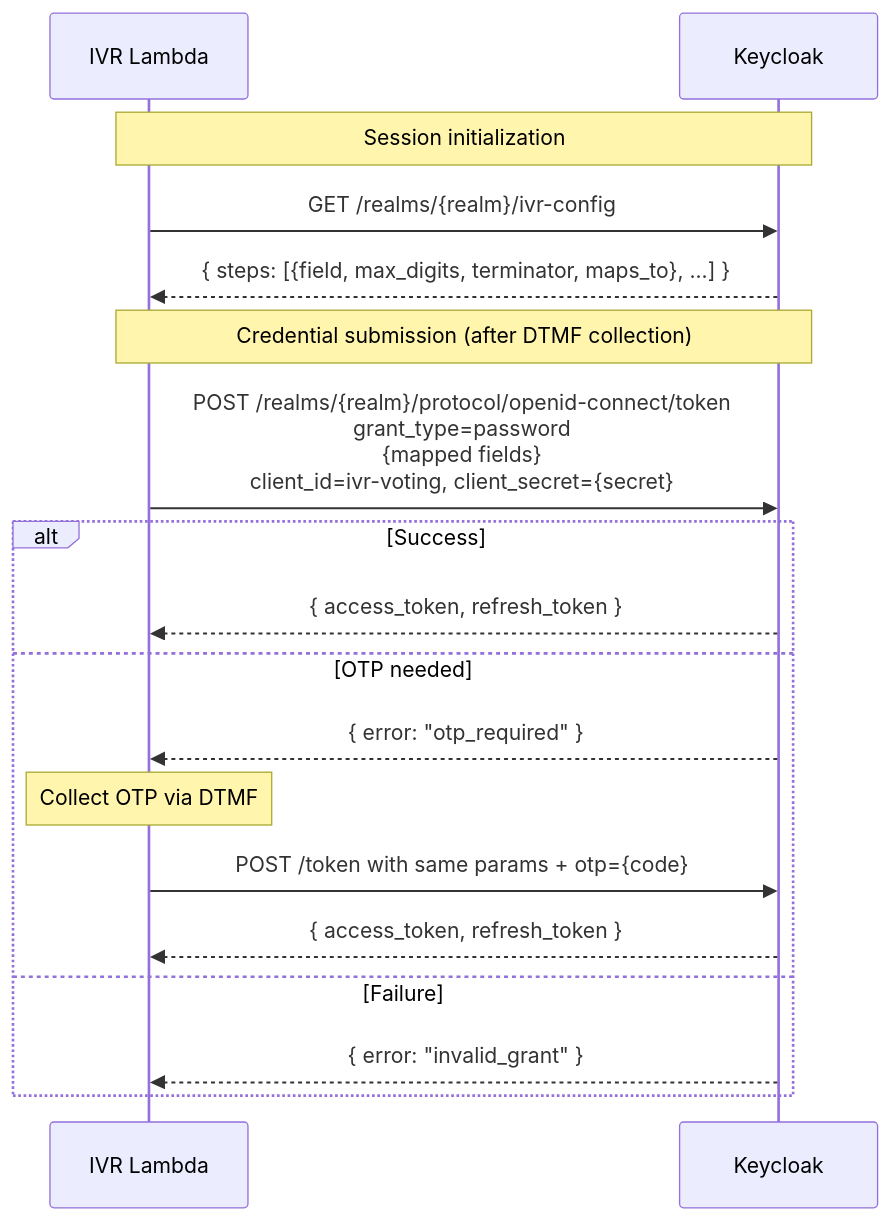
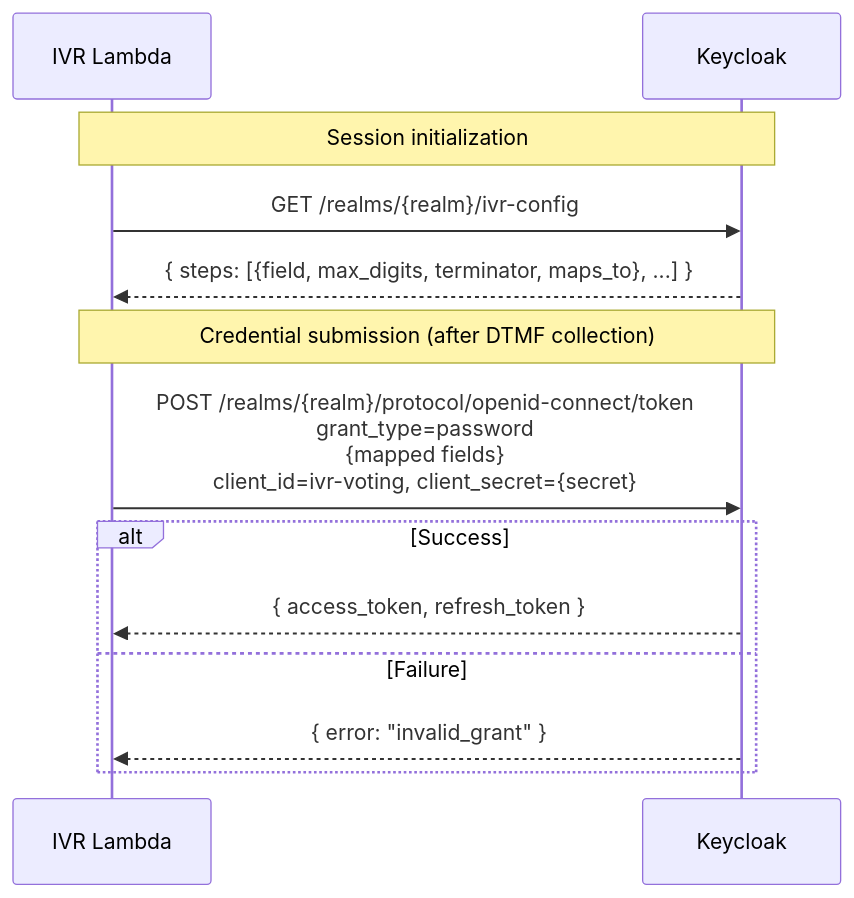
The seventh of 13 diagrams in docs/docusaurus/docs/07-developers/12-ivr/ivr-system-design.md (sequentech/step), drawn with Mermaid before and after one commit. The commit also changed other lines of this file, not shown here.

````diff
--- a/docs/docusaurus/docs/07-developers/12-ivr/ivr-system-design.md
+++ b/docs/docusaurus/docs/07-developers/12-ivr/ivr-system-design.md
@@ -1126,22 +819,17 @@
 ```mermaid
 sequenceDiagram
     participant Lambda as IVR Lambda
     participant KC as Keycloak
 
     Note over Lambda,KC: Session initialization
     Lambda->>KC: GET /realms/{realm}/ivr-config
     KC-->>Lambda: { steps: [{field, max_digits, terminator, maps_to}, ...] }
 
     Note over Lambda,KC: Credential submission (after DTMF collection)
     Lambda->>KC: POST /realms/{realm}/protocol/openid-connect/token<br/>grant_type=password<br/>{mapped fields}<br/>client_id=ivr-voting, client_secret={secret}
     alt Success
         KC-->>Lambda: { access_token, refresh_token }
-    else OTP needed
-        KC-->>Lambda: { error: "otp_required" }
-        Note over Lambda: Collect OTP via DTMF
-        Lambda->>KC: POST /token with same params + otp={code}
-        KC-->>Lambda: { access_token, refresh_token }
     else Failure
         KC-->>Lambda: { error: "invalid_grant" }
     end
 ```
````
